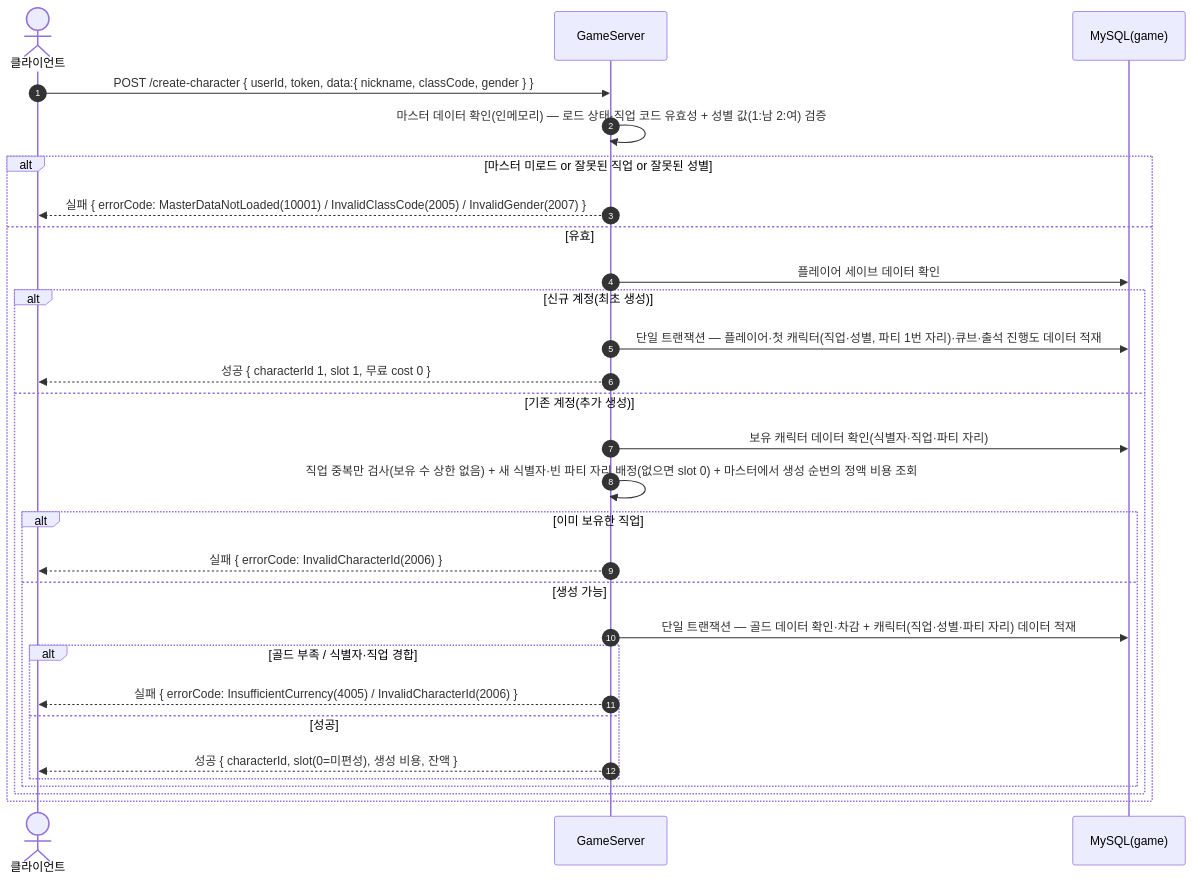
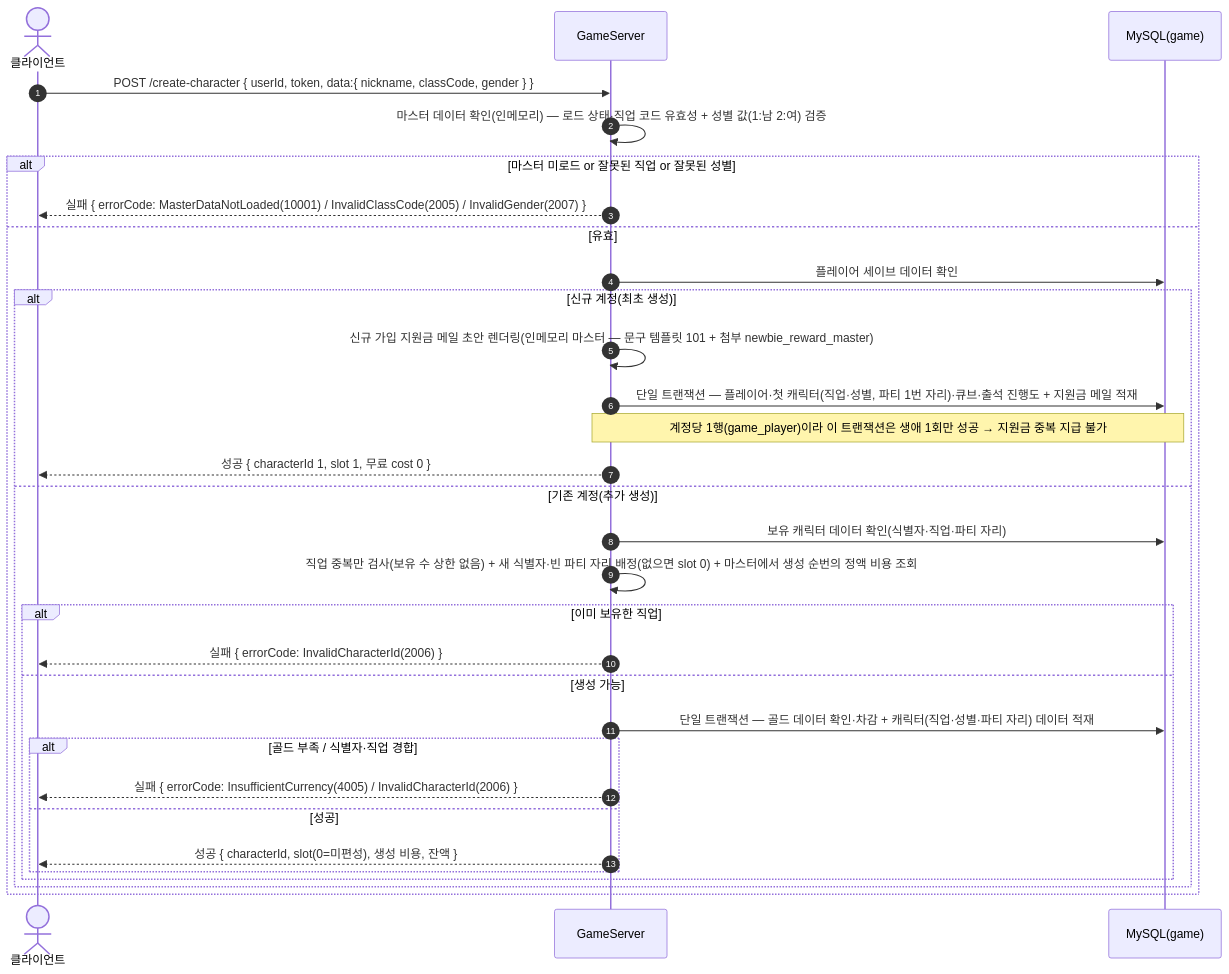
One commit to ks-wook/com2us-taskbar-hero changed the sixth of 33 diagrams in SequenceDiagram/README.md. Above: the diagram before and after it, drawn with Mermaid. The commit also changed 3 other files, not shown here.

````diff
--- a/SequenceDiagram/README.md
+++ b/SequenceDiagram/README.md
@@ -200,32 +200,34 @@
 ```mermaid
 sequenceDiagram
     autonumber
     actor C as 클라이언트
     participant S as GameServer
     participant DB as MySQL(game)
 
     C->>S: POST /create-character { userId, token, data:{ nickname, classCode, gender } }
     S->>S: 마스터 데이터 확인(인메모리) — 로드 상태·직업 코드 유효성 + 성별 값(1:남 2:여) 검증
     alt 마스터 미로드 or 잘못된 직업 or 잘못된 성별
         S-->>C: 실패 { errorCode: MasterDataNotLoaded(10001) / InvalidClassCode(2005) / InvalidGender(2007) }
     else 유효
         S->>DB: 플레이어 세이브 데이터 확인
         alt 신규 계정(최초 생성)
-            S->>DB: 단일 트랜잭션 — 플레이어·첫 캐릭터(직업·성별, 파티 1번 자리)·큐브·출석 진행도 데이터 적재
+            S->>S: 신규 가입 지원금 메일 초안 렌더링(인메모리 마스터 — 문구 템플릿 101 + 첨부 newbie_reward_master)
+            S->>DB: 단일 트랜잭션 — 플레이어·첫 캐릭터(직업·성별, 파티 1번 자리)·큐브·출석 진행도 + 지원금 메일 적재
+            Note over S,DB: 계정당 1행(game_player)이라 이 트랜잭션은 생애 1회만 성공 → 지원금 중복 지급 불가
             S-->>C: 성공 { characterId 1, slot 1, 무료 cost 0 }
         else 기존 계정(추가 생성)
             S->>DB: 보유 캐릭터 데이터 확인(식별자·직업·파티 자리)
             S->>S: 직업 중복만 검사(보유 수 상한 없음) + 새 식별자·빈 파티 자리 배정(없으면 slot 0) + 마스터에서 생성 순번의 정액 비용 조회
             alt 이미 보유한 직업
                 S-->>C: 실패 { errorCode: InvalidCharacterId(2006) }
             else 생성 가능
                 S->>DB: 단일 트랜잭션 — 골드 데이터 확인·차감 + 캐릭터(직업·성별·파티 자리) 데이터 적재
                 alt 골드 부족 / 식별자·직업 경합
                     S-->>C: 실패 { errorCode: InsufficientCurrency(4005) / InvalidCharacterId(2006) }
                 else 성공
                     S-->>C: 성공 { characterId, slot(0=미편성), 생성 비용, 잔액 }
                 end
             end
         end
     end
 ```
````
